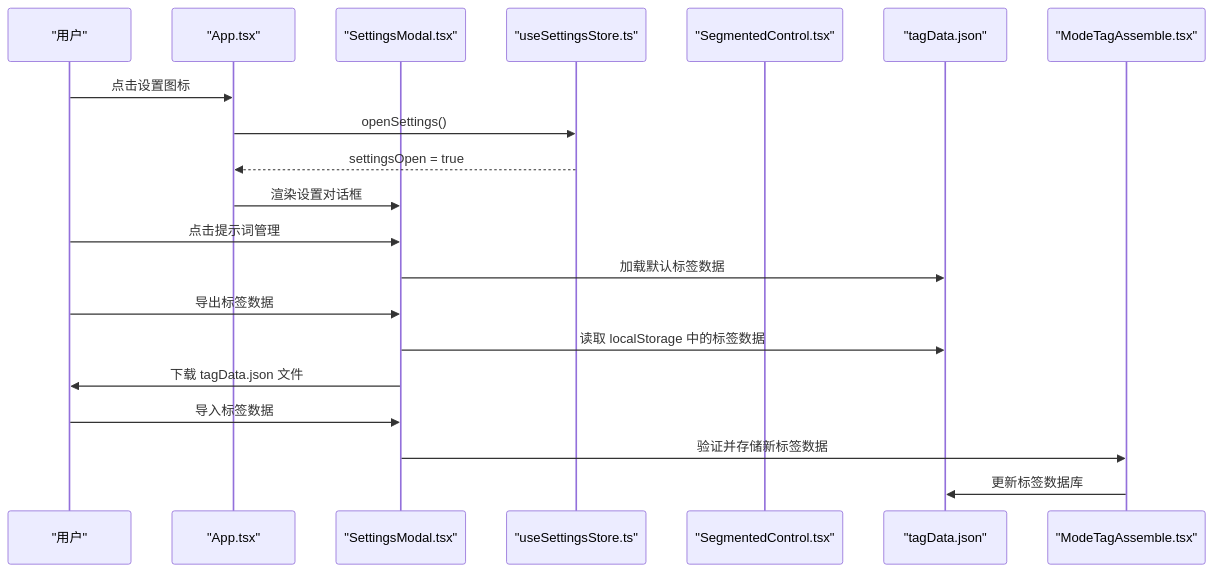
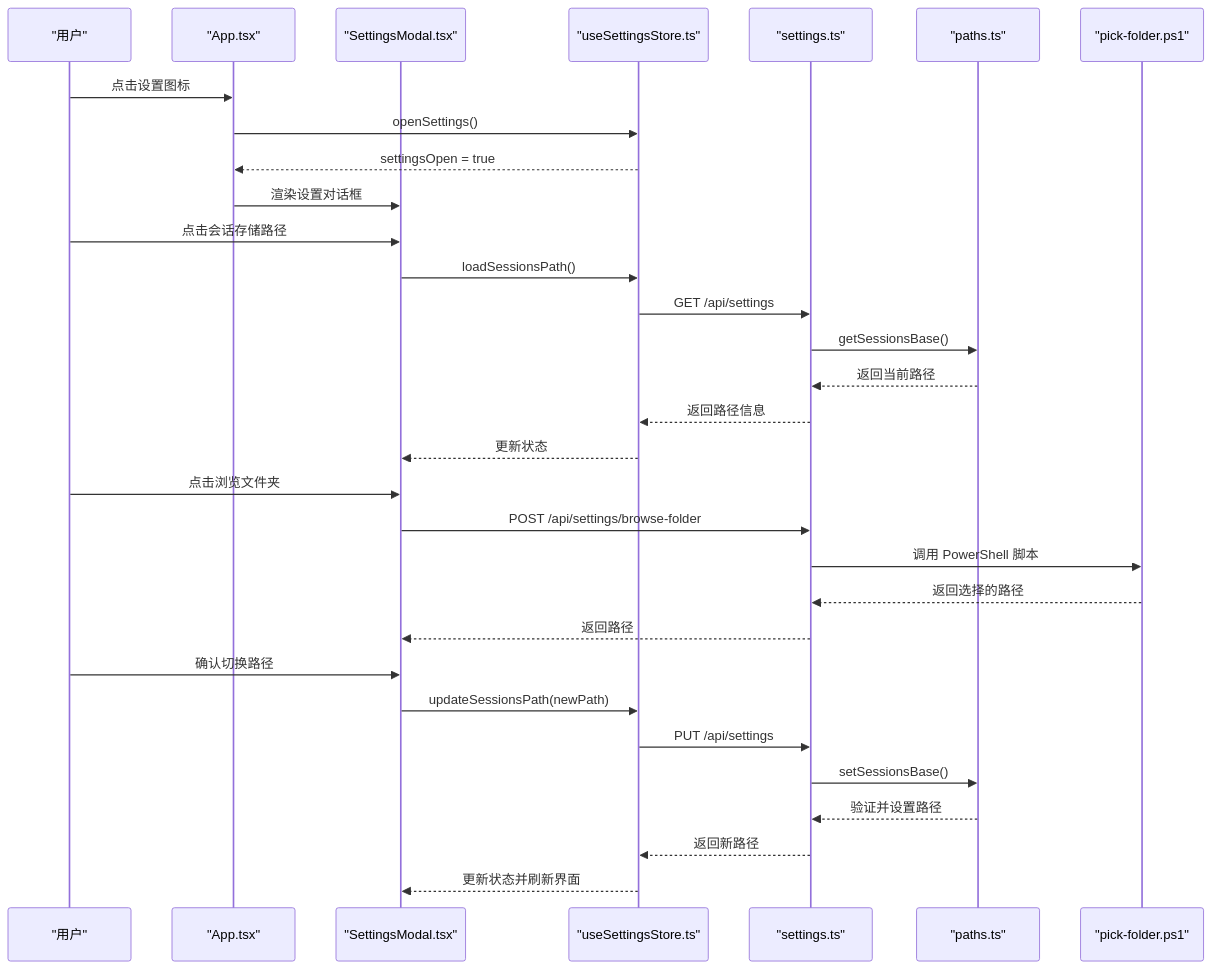
Before and after one commit to billye220670/CorineKit_Pix2Real: the second of 10 diagrams in .qoder/repowiki/zh/content/前端应用/UI 组件库/设置对话框组件.md, drawn with Mermaid. The commit also changed other lines of this file and 13 other files, not shown here.

````diff
--- a/.qoder/repowiki/zh/content/前端应用/UI 组件库/设置对话框组件.md
+++ b/.qoder/repowiki/zh/content/前端应用/UI 组件库/设置对话框组件.md
@@ -140,22 +161,33 @@
 ```mermaid
 sequenceDiagram
 participant User as "用户"
 participant App as "App.tsx"
 participant SM as "SettingsModal.tsx"
 participant Store as "useSettingsStore.ts"
-participant SC as "SegmentedControl.tsx"
-participant TagData as "tagData.json"
-participant TagAssemble as "ModeTagAssemble.tsx"
+participant SettingsAPI as "settings.ts"
+participant Paths as "paths.ts"
+participant PS1 as "pick-folder.ps1"
 User->>App : 点击设置图标
 App->>Store : openSettings()
 Store-->>App : settingsOpen = true
 App->>SM : 渲染设置对话框
-User->>SM : 点击提示词管理
-SM->>TagData : 加载默认标签数据
-User->>SM : 导出标签数据
-SM->>TagData : 读取 localStorage 中的标签数据
-SM->>User : 下载 tagData.json 文件
-User->>SM : 导入标签数据
-SM->>TagAssemble : 验证并存储新标签数据
-TagAssemble->>TagData : 更新标签数据库
+User->>SM : 点击会话存储路径
+SM->>Store : loadSessionsPath()
+Store->>SettingsAPI : GET /api/settings
+SettingsAPI->>Paths : getSessionsBase()
+Paths-->>SettingsAPI : 返回当前路径
+SettingsAPI-->>Store : 返回路径信息
+Store-->>SM : 更新状态
+User->>SM : 点击浏览文件夹
+SM->>SettingsAPI : POST /api/settings/browse-folder
+SettingsAPI->>PS1 : 调用 PowerShell 脚本
+PS1-->>SettingsAPI : 返回选择的路径
+SettingsAPI-->>SM : 返回路径
+User->>SM : 确认切换路径
+SM->>Store : updateSessionsPath(newPath)
+Store->>SettingsAPI : PUT /api/settings
+SettingsAPI->>Paths : setSessionsBase()
+Paths-->>SettingsAPI : 验证并设置路径
+SettingsAPI-->>Store : 返回新路径
+Store-->>SM : 更新状态并刷新界面
 ```
````
